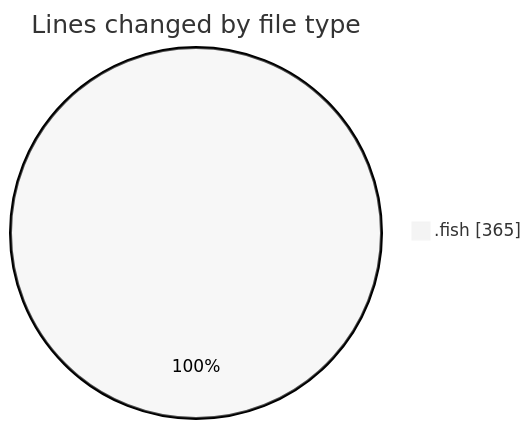
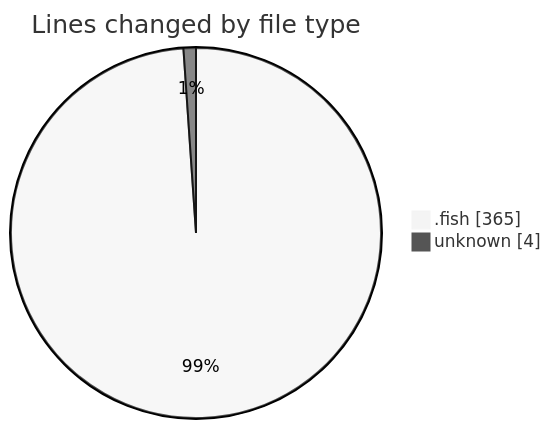
One commit to EIIisD/code-tracking changed the first of 2 diagrams in 2025-08-06/fish/README.md. Above: the diagram before and after it, drawn with Mermaid (neutral theme). The commit also changed other lines of this file and 1 other file, not shown here.

````diff
--- a/2025-08-06/fish/README.md
+++ b/2025-08-06/fish/README.md
@@ -22,5 +23,6 @@
 ```mermaid
 pie showData
 title Lines changed by file type
 ".fish" : 365
+"unknown" : 4
 ```
````
